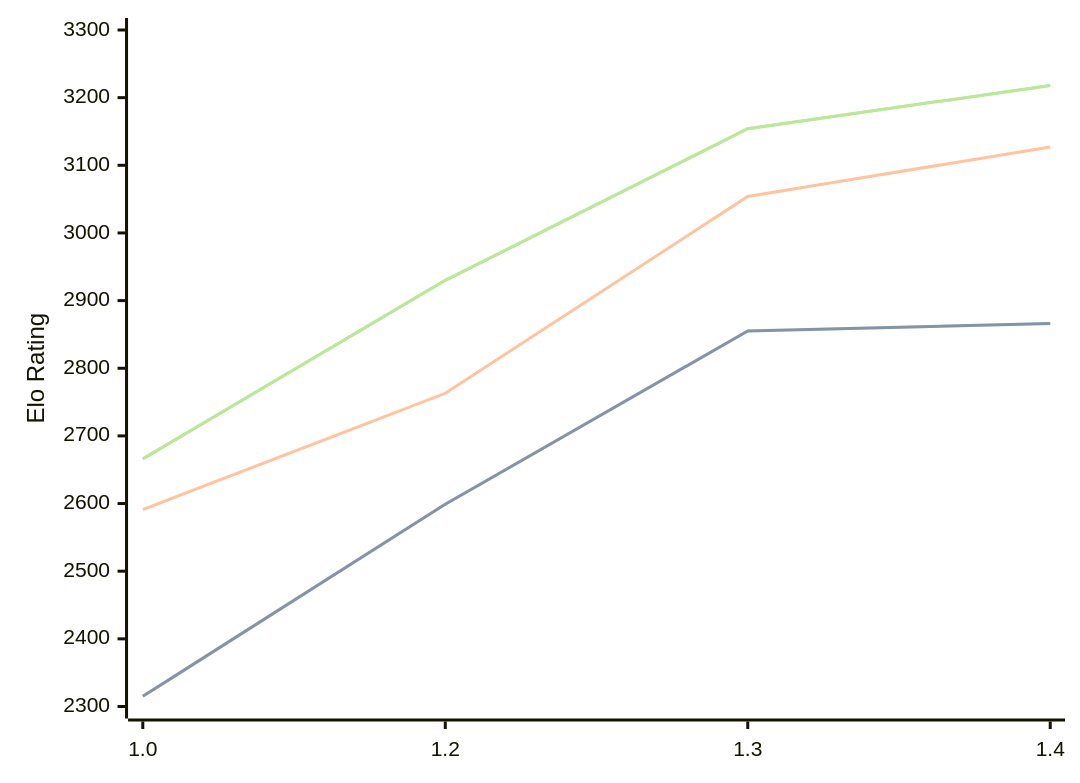
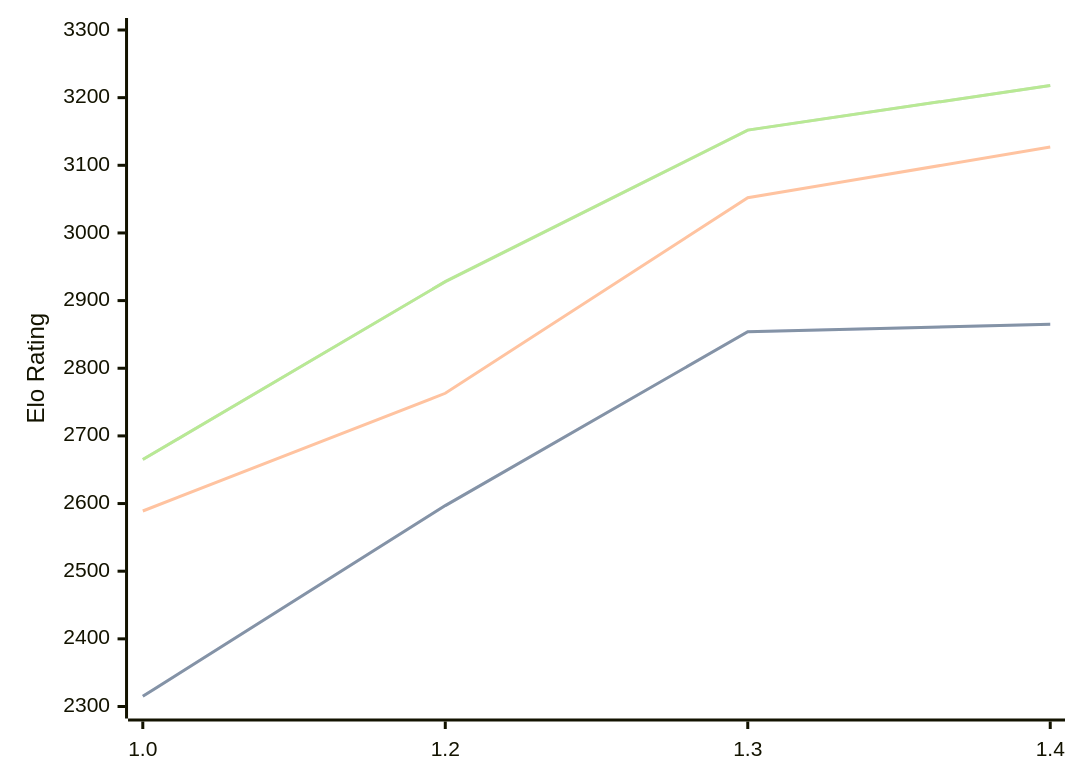
One commit to computer-chess-index/cci changed the first of 3 diagrams in engines/Chessnix.md. Above: the diagram before and after it, drawn with Mermaid. The commit also changed other lines of this file, not shown here.

Commit message:
Update CCI Ratings (ELO VLTC) - 2026-06-27

````diff
--- a/engines/Chessnix.md
+++ b/engines/Chessnix.md
@@ -36,11 +36,11 @@
 ```mermaid
 %%{init: {"theme":"base","themeVariables":{"seriesColors:['#a3a3a3','#222221','#faa371']}}}%%
 xychart-beta
   x-axis ["1.0", "1.2", "1.3", "1.4"]
   y-axis "Elo Rating" 2300 --> 3300
-  line "STC (8.0+0.08s)" [2315, 2599, 2855, 2866]
-  line "STC (8.0+0.08s)" [2315, 2599, 2855, 2866]
-  line "LTC (60.0+0.60s)" [2591, 2763, 3054, 3127]
-  line "VLTC (2m24s+1.12s)" [2666, 2930, 3154, 3218]
-  line "VLTC (2m24s+1.12s)" [2666, 2930, 3154, 3218]
+  line "STC (8.0+0.08s)" [2315, 2597, 2854, 2865]
+  line "STC (8.0+0.08s)" [2315, 2597, 2854, 2865]
+  line "LTC (60.0+0.60s)" [2589, 2763, 3052, 3127]
+  line "VLTC (2m24s+1.12s)" [2665, 2928, 3152, 3218]
+  line "VLTC (2m24s+1.12s)" [2665, 2928, 3152, 3218]
 ```
````
